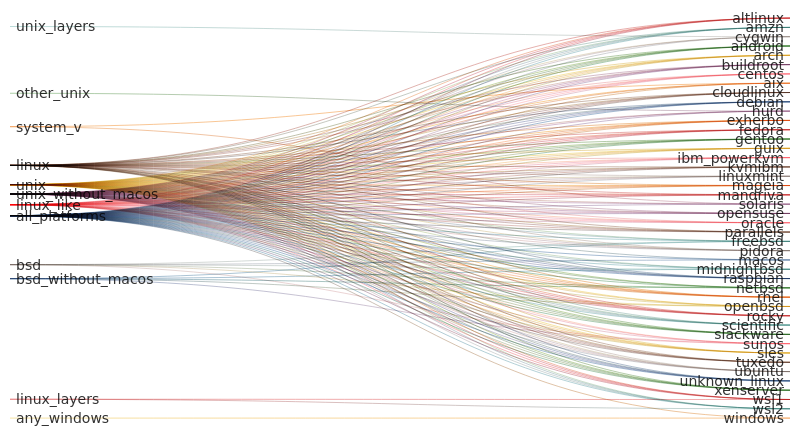
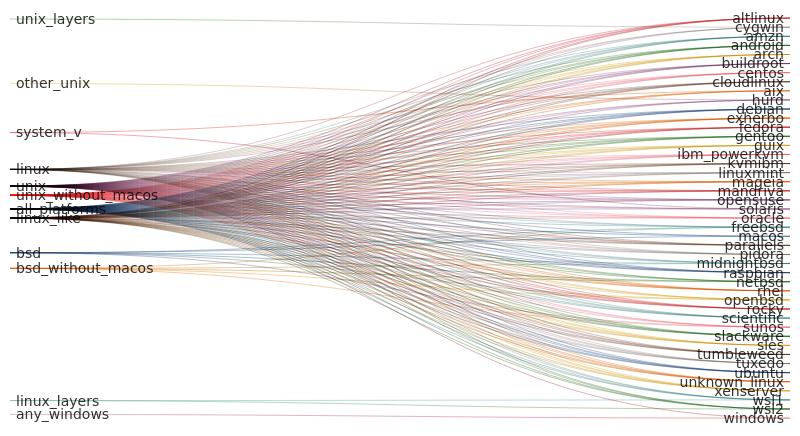
One commit to kdeldycke/extra-platforms changed the first of 3 diagrams in readme.md. Above: the diagram before and after it, drawn with Mermaid. The commit also changed other lines of this file, not shown here.

```diff
--- a/readme.md
+++ b/readme.md
@@ -189,6 +189,7 @@
 all_platforms,sles,1
 all_platforms,solaris,1
 all_platforms,sunos,1
+all_platforms,tumbleweed,1
 all_platforms,tuxedo,1
 all_platforms,ubuntu,1
 all_platforms,unknown_linux,1
@@ -233,6 +234,7 @@
 unix,sles,1
 unix,solaris,1
 unix,sunos,1
+unix,tumbleweed,1
 unix,tuxedo,1
 unix,ubuntu,1
 unix,unknown_linux,1
@@ -275,6 +277,7 @@
 unix_without_macos,sles,1
 unix_without_macos,solaris,1
 unix_without_macos,sunos,1
+unix_without_macos,tumbleweed,1
 unix_without_macos,tuxedo,1
 unix_without_macos,ubuntu,1
 unix_without_macos,unknown_linux,1
@@ -308,6 +311,7 @@
 linux_like,scientific,1
 linux_like,slackware,1
 linux_like,sles,1
+linux_like,tumbleweed,1
 linux_like,tuxedo,1
 linux_like,ubuntu,1
 linux_like,unknown_linux,1
@@ -341,6 +345,7 @@
 linux,scientific,1
 linux,slackware,1
 linux,sles,1
+linux,tumbleweed,1
 linux,tuxedo,1
 linux,ubuntu,1
 linux,unknown_linux,1
```
